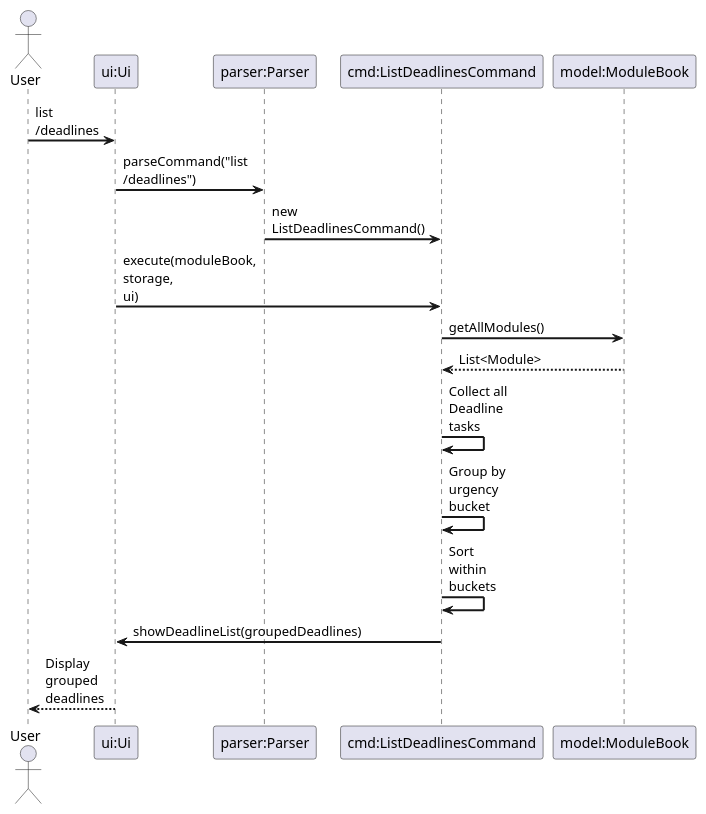
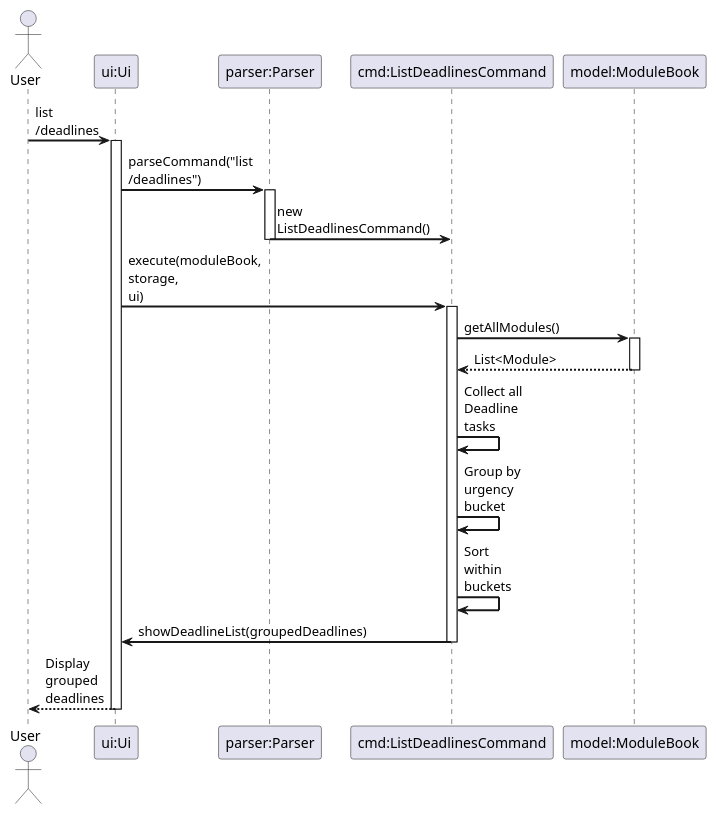
One commit to heeelol/tp changed the diagram in docs/diagrams/ListDeadlinesSequenceDiagram.puml. Above: the diagram before and after it, drawn with PlantUML. The commit also changed 9 other files, not shown here.

First line of the commit message:
docs: Add PNG files for new sequence diagrams

```diff
--- a/docs/diagrams/ListDeadlinesSequenceDiagram.puml
+++ b/docs/diagrams/ListDeadlinesSequenceDiagram.puml
@@ -1,28 +1,39 @@
 @startuml ListDeadlinesSequenceDiagram
 
 skinparam sequenceArrowThickness 2
 skinparam roundcorner 5
 skinparam maxmessagesize 60
 
 Actor User as user
 Participant "ui:Ui" as ui
 Participant "parser:Parser" as parser
 Participant "cmd:ListDeadlinesCommand" as cmd
 Participant "model:ModuleBook" as model
 
 user -> ui: list /deadlines
+activate ui
+
 ui -> parser: parseCommand("list /deadlines")
+activate parser
 parser -> cmd: new ListDeadlinesCommand()
+deactivate parser
+
 ui -> cmd: execute(moduleBook, storage, ui)
+activate cmd
 
 cmd -> model: getAllModules()
+activate model
 model --> cmd: List<Module>
+deactivate model
 
 cmd -> cmd: Collect all Deadline tasks
 cmd -> cmd: Group by urgency bucket
 cmd -> cmd: Sort within buckets
 
 cmd -> ui: showDeadlineList(groupedDeadlines)
+deactivate cmd
+
 ui --> user: Display grouped deadlines
+deactivate ui
 
 @enduml
```
